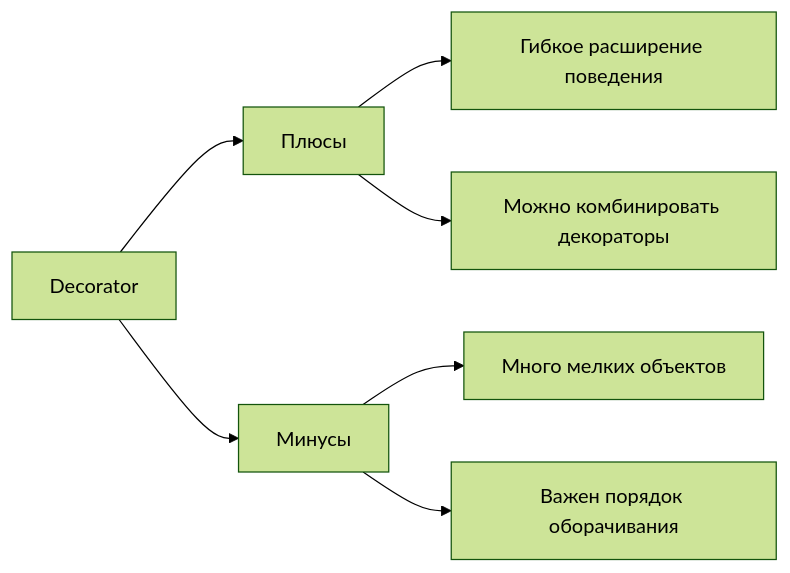
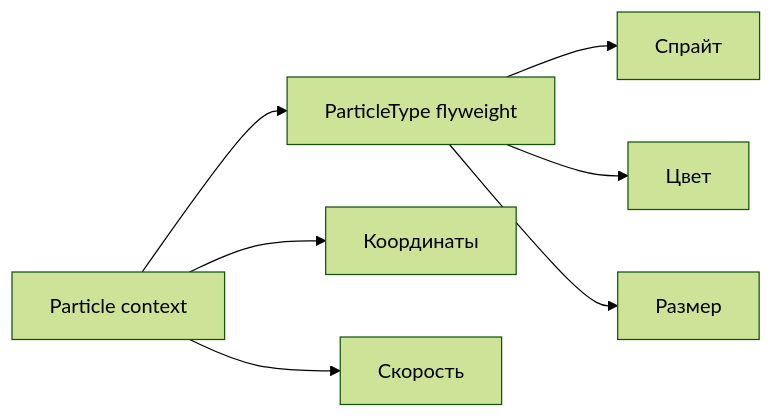
Before and after one commit to Kert0n/KPO: diagram 13 of 16 in lectures/Lec6/vitepress.md, drawn with Mermaid (forest theme). The commit also changed other lines of this file and 9 other files, not shown here.

````diff
--- a/lectures/Lec6/vitepress.md
+++ b/lectures/Lec6/vitepress.md
@@ -427,9 +1093,9 @@
 ```mermaid
 flowchart LR
-    Decorator[Decorator] --> Pros[Плюсы]
-    Decorator --> Cons[Минусы]
-    Pros --> Flexible[Гибкое расширение поведения]
-    Pros --> Combine[Можно комбинировать декораторы]
-    Cons --> ManyObjects[Много мелких объектов]
-    Cons --> Order[Важен порядок оборачивания]
+  Particle[Particle context] --> Type[ParticleType flyweight]
+  Particle --> Position[Координаты]
+  Particle --> Velocity[Скорость]
+  Type --> Sprite[Спрайт]
+  Type --> Color[Цвет]
+  Type --> Size[Размер]
 ```
````
